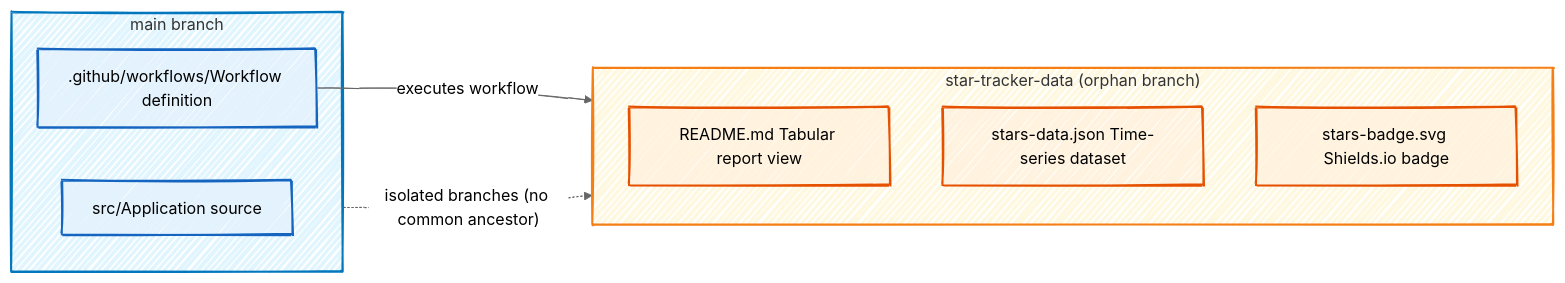
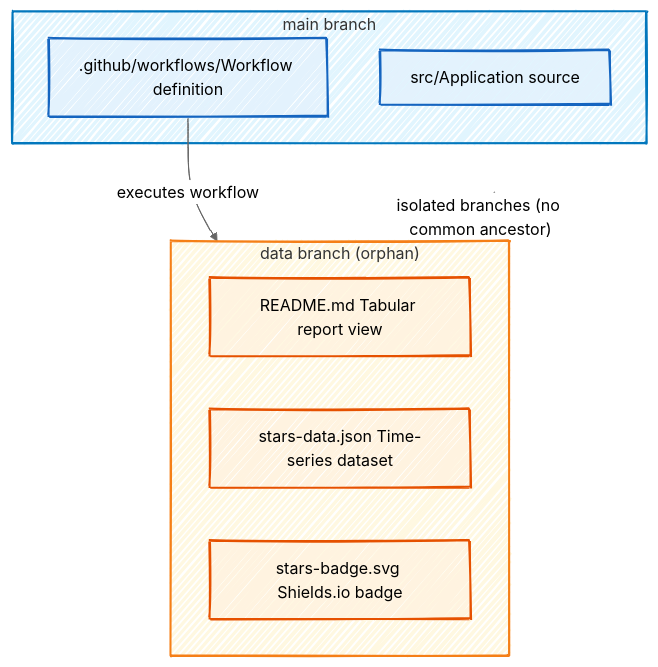
One commit to fbuireu/github-star-tracker changed the second of 2 diagrams in README.md. Above: the diagram before and after it, drawn with Mermaid.

Commit message:
docs: fix direction

````diff
--- a/README.md
+++ b/README.md
@@ -140,29 +140,29 @@
 ```mermaid
 ---
 config:
   look: handDrawn
   theme: neutral
 ---
-graph LR
+graph TD
     subgraph main ["main branch"]
         src["src/Application source"]
         wf[".github/workflows/Workflow definition"]
     end
 
-    subgraph data ["star-tracker-data (orphan branch)"]
+    subgraph data ["data branch (orphan)"]
         readme["README.md Tabular report view"]
         json["stars-data.json Time-series dataset"]
         badge["stars-badge.svg Shields.io badge"]
     end
 
     wf -- "executes workflow" --> data
     main -.->|"isolated branches (no common ancestor)"| data
 
     style src fill:#e3f2fd,stroke:#1565c0,stroke-width:2px
     style wf fill:#e3f2fd,stroke:#1565c0,stroke-width:2px
     style readme fill:#fff3e0,stroke:#e65100,stroke-width:2px
     style json fill:#fff3e0,stroke:#e65100,stroke-width:2px
     style badge fill:#fff3e0,stroke:#e65100,stroke-width:2px
     style main fill:#e1f5fe,stroke:#0277bd,stroke-width:2px
     style data fill:#fff8e1,stroke:#f57f17,stroke-width:2px
 ```
````
